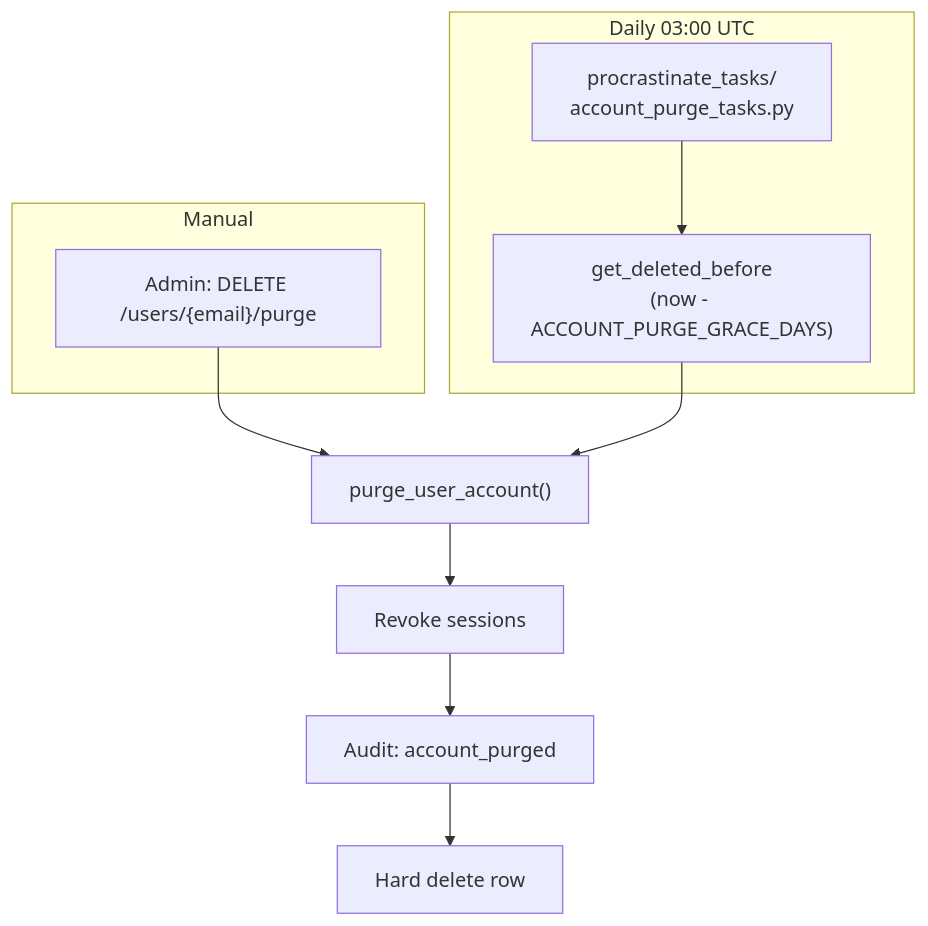
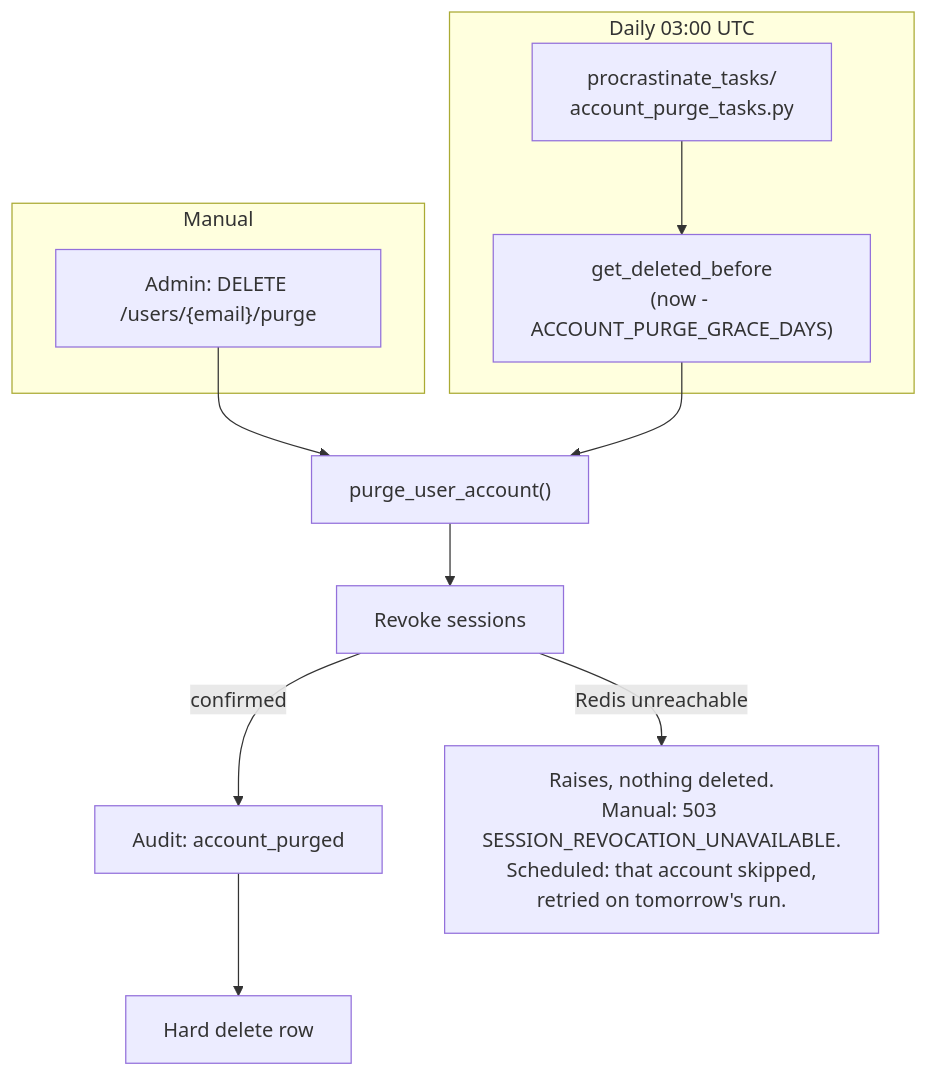
The third of 3 diagrams in docs/mystic_auth/authentication/account-deletion.md (Nachiket-2024/mystic-auth), drawn with Mermaid before and after one commit. The commit also changed other lines of this file and 350 other files, not shown here.

````diff
--- a/docs/mystic_auth/authentication/account-deletion.md
+++ b/docs/mystic_auth/authentication/account-deletion.md
@@ -142,14 +157,16 @@
 ```mermaid
 flowchart TD
     subgraph Manual
         Admin["Admin: DELETE /users/{email}/purge"]
     end
     subgraph Scheduled["Daily 03:00 UTC"]
         Cron["procrastinate_tasks/\naccount_purge_tasks.py"]
         Query["get_deleted_before\n(now - ACCOUNT_PURGE_GRACE_DAYS)"]
         Cron --> Query
     end
     Admin --> Purge["purge_user_account()"]
     Query --> Purge
-    Purge --> Revoke["Revoke sessions"] --> Audit["Audit: account_purged"] --> HardDelete["Hard delete row"]
+    Purge --> Revoke["Revoke sessions"]
+    Revoke -- "confirmed" --> Audit["Audit: account_purged"] --> HardDelete["Hard delete row"]
+    Revoke -- "Redis unreachable" --> Blocked["Raises, nothing deleted.\nManual: 503 SESSION_REVOCATION_UNAVAILABLE.\nScheduled: that account skipped,\nretried on tomorrow's run."]
 ```
````
